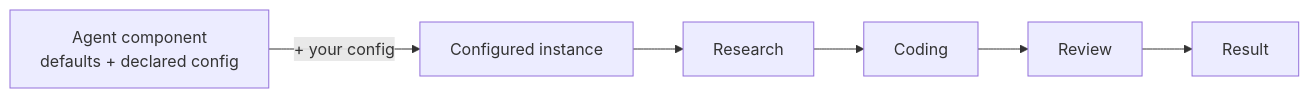
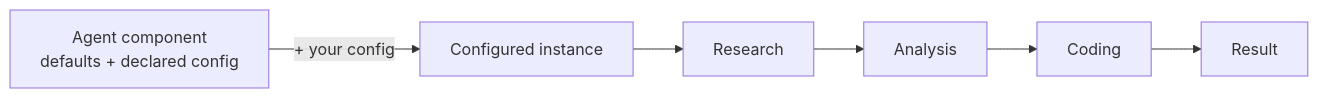
The diagram in profile/README.md (agentcompose/.github), drawn with Mermaid before and after one commit. The commit also changed other lines of this file, not shown here.

````diff
--- a/profile/README.md
+++ b/profile/README.md
@@ -23,8 +23,8 @@
 ```mermaid
 graph LR
     C["Agent component<br/>defaults + declared config"] -->|"+ your config"| I["Configured instance"]
     I --> R[Research]
-    R --> Co[Coding]
-    Co --> V[Review]
-    V --> F[Result]
+    R --> A[Analysis]
+    A --> Co[Coding]
+    Co --> F[Result]
 ```
````
